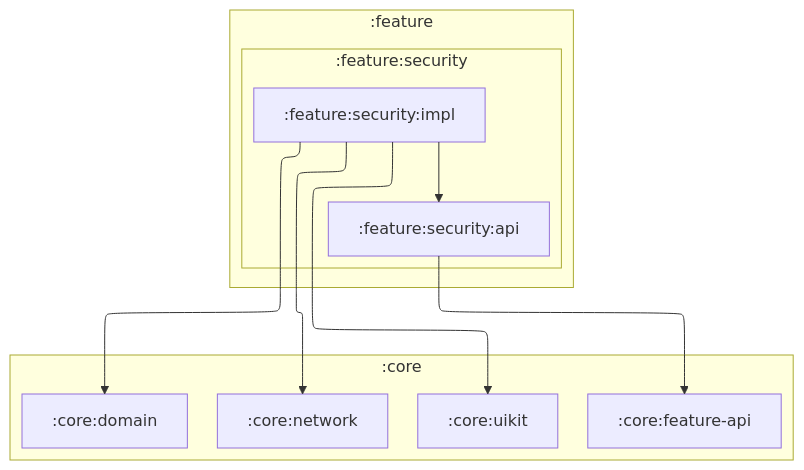
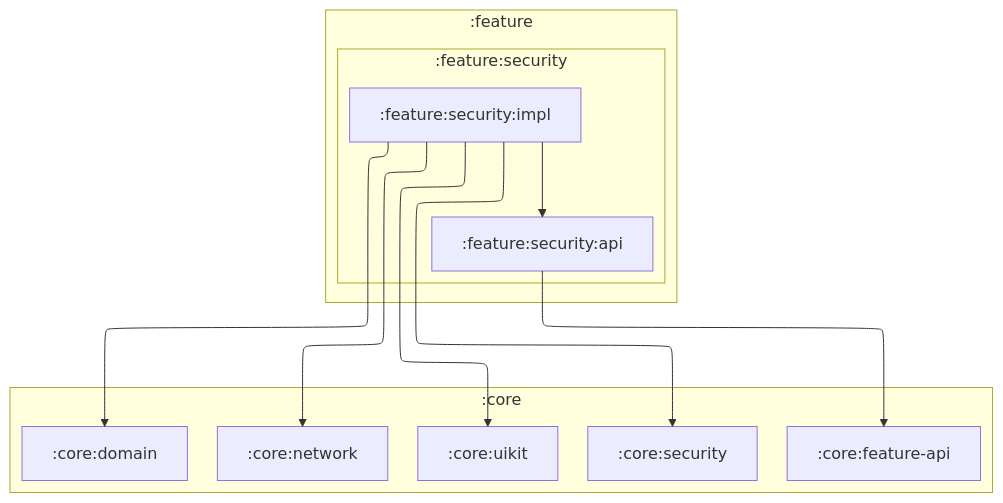
The diagram in feature/security/impl/README.md (IliaVoskoboinikov/Finance-Manager), drawn with Mermaid before and after one commit. The commit also changed 18 other files, not shown here.

````diff
--- a/feature/security/impl/README.md
+++ b/feature/security/impl/README.md
@@ -11,30 +11,32 @@
 ```mermaid
 ---
 config:
   layout: elk
   elk:
     nodePlacementStrategy: SIMPLE
 ---
 graph TB
     subgraph :feature
         subgraph :feature:security
             :feature:security:api
             :feature:security:impl
         end
     end
 
     subgraph :core
         :core:network
         :core:uikit
         :core:domain
+        :core:security
         :core:feature-api
     end
 
     :feature:security:impl --> :feature:security:api
     :feature:security:impl --> :core:network
     :feature:security:impl --> :core:uikit
     :feature:security:impl --> :core:domain
+    :feature:security:impl --> :core:security
     :feature:security:api --> :core:feature-api
 
     classDef android-library fill:#9BF6FF,stroke:#000,stroke-width:2px,color:#000;
 ```
````
